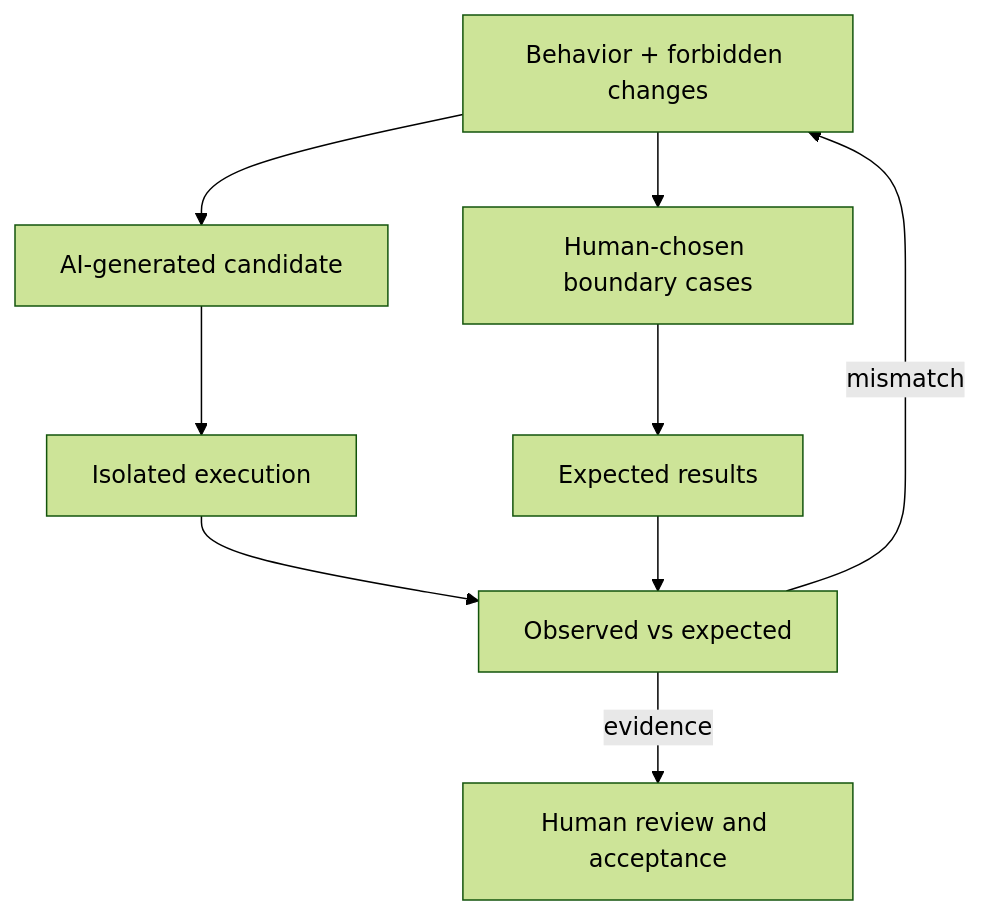
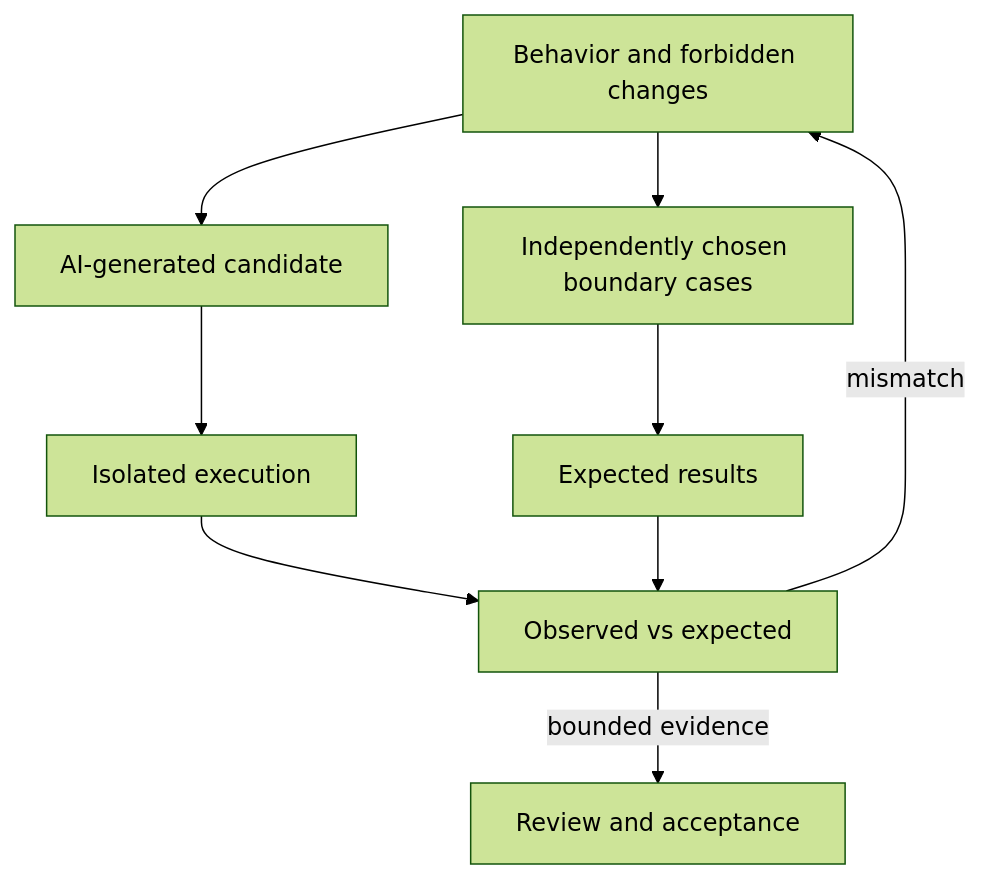
One commit to Soulful-Iris/junior-to-staff changed the third of 3 diagrams in curriculum/01-code/01-problem-solving/working-with-ai.md. Above: the diagram before and after it, drawn with Mermaid (forest theme). The commit also changed other lines of this file and 1 other file, not shown here.

First line of the commit message:
docs(chapter-01): teach evidence-based review without false absolutes

````diff
--- a/curriculum/01-code/01-problem-solving/working-with-ai.md
+++ b/curriculum/01-code/01-problem-solving/working-with-ai.md
@@ -267,11 +126,11 @@
 ```mermaid
 flowchart TD
-  Spec["Behavior + forbidden changes"] --> AI["AI-generated candidate"]
-  Spec --> Cases["Human-chosen boundary cases"]
-  AI --> Sandbox["Isolated execution"]
-  Cases --> Oracle["Expected results"]
-  Sandbox --> Compare["Observed vs expected"]
+  Spec[Behavior and forbidden changes] --> AI[AI-generated candidate]
+  Spec --> Cases[Independently chosen boundary cases]
+  AI --> Sandbox[Isolated execution]
+  Cases --> Oracle[Expected results]
+  Sandbox --> Compare[Observed vs expected]
   Oracle --> Compare
-  Compare -->|"mismatch"| Spec
-  Compare -->|"evidence"| Review["Human review and acceptance"]
+  Compare -->|mismatch| Spec
+  Compare -->|bounded evidence| Review[Review and acceptance]
 ```
````
